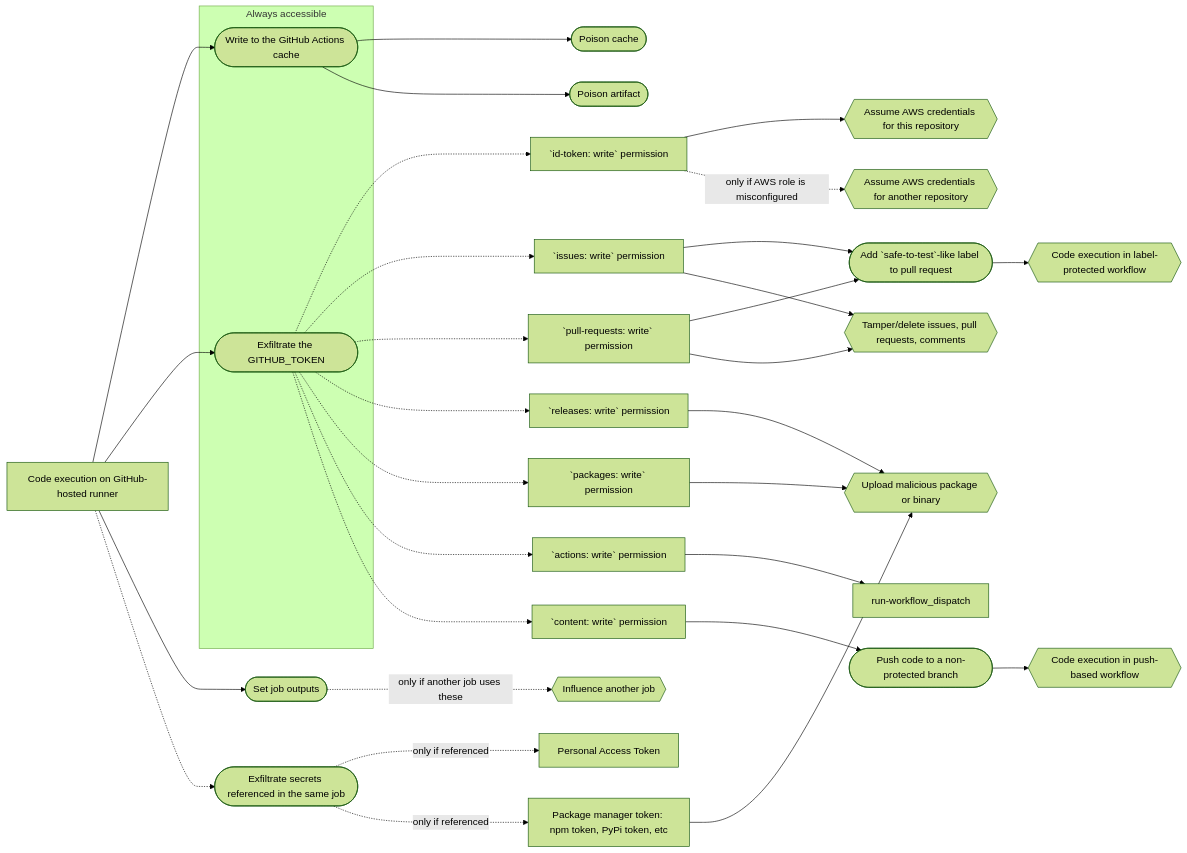
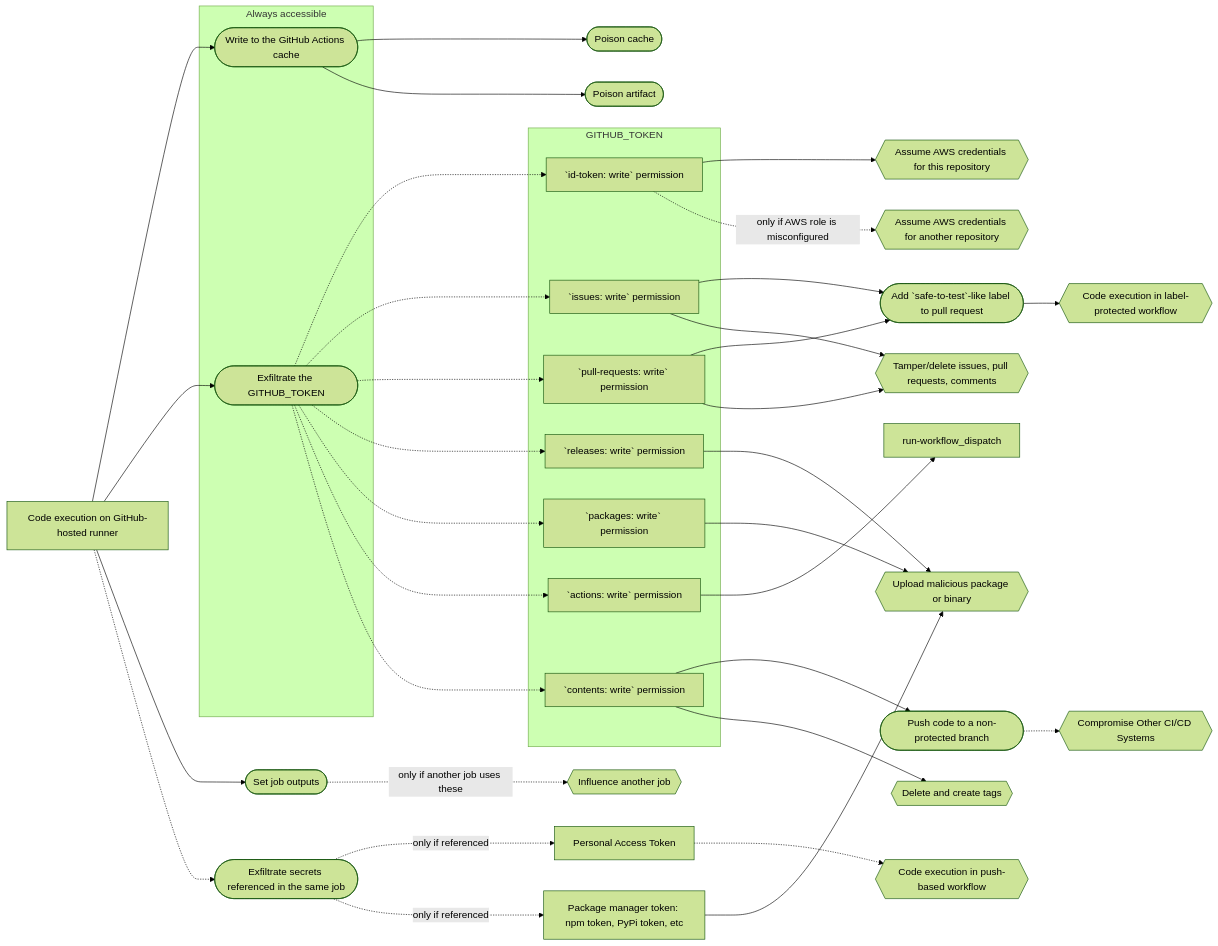
Before and after one commit to nikitastupin/pwnhub: the diagram in writings/assessing-impact.md, drawn with Mermaid (forest theme). The commit also changed other lines of this file, not shown here.

Commit message:
add on `contents: write` exploitation

````diff
--- a/writings/assessing-impact.md
+++ b/writings/assessing-impact.md
@@ -20,51 +17,59 @@
 ```mermaid
 graph LR;
     start[Code execution on GitHub-hosted runner]
 
     subgraph Always accessible
     github-token([Exfiltrate the GITHUB_TOKEN])
     cache([Write to the GitHub Actions cache])
     end
     
     secrets([Exfiltrate secrets referenced in the same job])
     job-outputs([Set job outputs])
 
     package-manager-token["Package manager token: npm token, PyPi token, etc"]
+
+    subgraph GITHUB_TOKEN
     permissions-actions[`actions: write` permission]
-    permissions-content[`content: write` permission]
+    permissions-contents[`contents: write` permission]
     permissions-id-token[`id-token: write` permission]
     permissions-issues[`issues: write` permission]
     permissions-pull-requests[`pull-requests: write` permission]
     permissions-releases[`releases: write` permission]
     permissions-packages[`packages: write` permission]
+    end
 
     add-label([Add `safe-to-test`-like label to pull request])
     poison-cache([Poison cache])
     poison-artifact([Poison artifact])
     push-non-protected-branch([Push code to a non-protected branch])
 
     impact-assume-aws-credentials{{Assume AWS credentials for this repository}}
     impact-assume-aws-credentials-for-another-repo{{Assume AWS credentials for another repository}}
     impact-malicious-package{{Upload malicious package or binary}}
     impact-run-workflow-push{{Code execution in push-based workflow}};
     impact-run-label-protected-workflow{{Code execution in label-protected workflow}};
     impact-modify-issues-pull-requests{{Tamper/delete issues, pull requests, comments}};
     impact-influence-another-job{{Influence another job}};
+    impact-tags{{Delete and create tags}};
+    impact-other-cicd{{Compromise Other CI/CD Systems}};
 
     pat[Personal Access Token]
  
     start --> cache --> poison-cache & poison-artifact;
     start --> github-token & job-outputs;
     start -.-> secrets;
     job-outputs -. only if another job uses these .-> impact-influence-another-job;
     github-token -.-> permissions-id-token --> impact-assume-aws-credentials;
     permissions-id-token -. only if AWS role is misconfigured .-> impact-assume-aws-credentials-for-another-repo;
     github-token -.-> permissions-issues & permissions-pull-requests --> add-label & impact-modify-issues-pull-requests;
     github-token -.-> permissions-releases --> impact-malicious-package;
     github-token -.-> permissions-packages --> impact-malicious-package;
     github-token -.-> permissions-actions --> run-workflow_dispatch;
-    github-token -.-> permissions-content --> push-non-protected-branch --> impact-run-workflow-push;
+    github-token -.-> permissions-contents --> push-non-protected-branch;
+    permissions-contents --> impact-tags;
+    pat -.-> impact-run-workflow-push;
     add-label --> impact-run-label-protected-workflow;
     secrets -. only if referenced .-> pat;
     secrets -. only if referenced .-> package-manager-token --> impact-malicious-package;
+    push-non-protected-branch -.-> impact-other-cicd;
 ```
````
